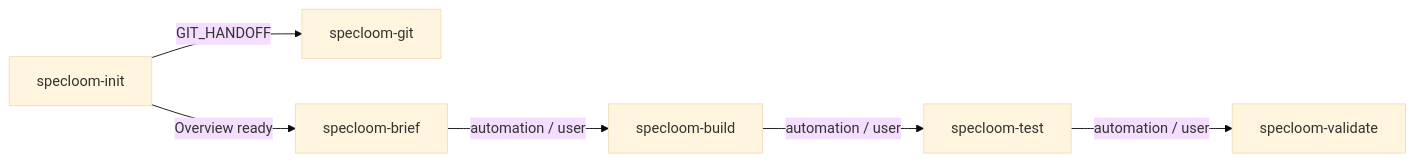
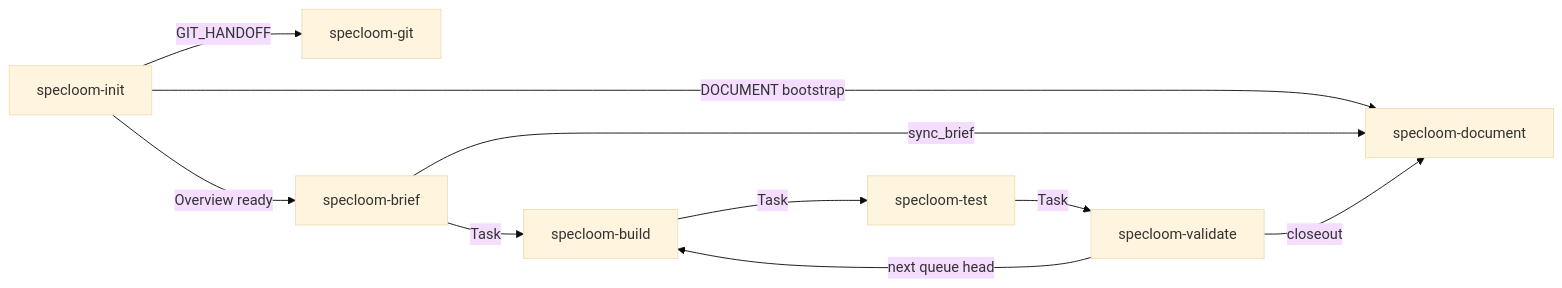
Before and after one commit to AIHeart-Professional/specloom: the fourth of 4 diagrams in WORKFLOW-LINEAR.md, drawn with Mermaid (base theme). The commit also changed other lines of this file and 39 other files, not shown here.

First line of the commit message:
feat(specloom): queue chain, ai-workflow-only, docs repo

````diff
--- a/WORKFLOW-LINEAR.md
+++ b/WORKFLOW-LINEAR.md
@@ -165,15 +169,20 @@
 ```mermaid
 flowchart LR
   I[specloom-init]
   G[specloom-git]
+  D[specloom-document]
   B[specloom-brief]
   BU[specloom-build]
   T[specloom-test]
   V[specloom-validate]
 
   I -->|GIT_HANDOFF| G
+  I -->|DOCUMENT bootstrap| D
   I -->|Overview ready| B
-  B -->|automation / user| BU
-  BU -->|automation / user| T
-  T -->|automation / user| V
+  B -->|sync_brief| D
+  B -->|Task| BU
+  BU -->|Task| T
+  T -->|Task| V
+  V -->|closeout| D
+  V -->|next queue head| BU
 ```
````
